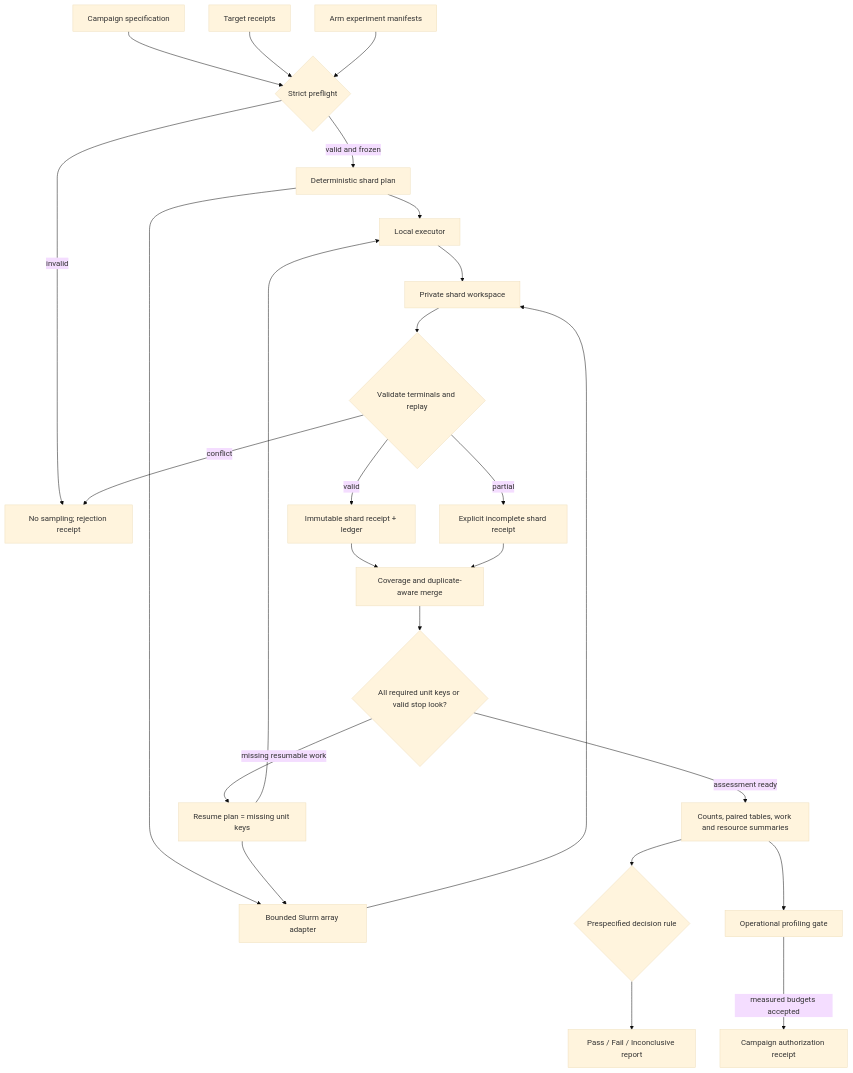
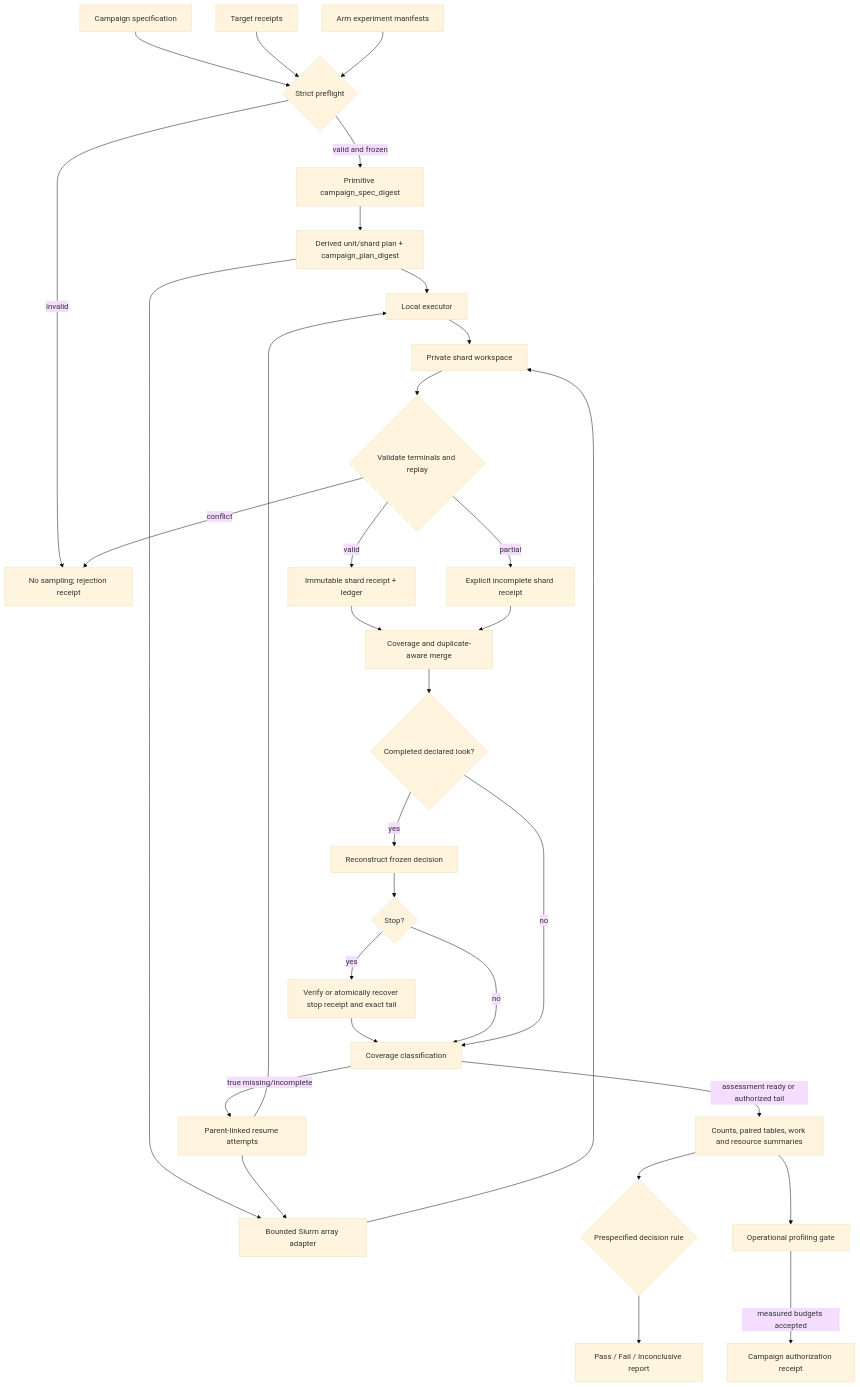
The diagram in .planning/phases/08-reproducible-campaigns-and-statistical-assessment/08-RESEARCH.md (mertgkduman/survey_bp), drawn with Mermaid (base theme) before and after one commit. The commit also changed other lines of this file, not shown here.

Commit message:
docs(phase-08): align campaign identity and resume research

````diff
--- a/.planning/phases/08-reproducible-campaigns-and-statistical-assessment/08-RESEARCH.md
+++ b/.planning/phases/08-reproducible-campaigns-and-statistical-assessment/08-RESEARCH.md
@@ -91,27 +91,34 @@
 ```mermaid
 flowchart TD
     A[Campaign specification] --> B{Strict preflight}
     T[Target receipts] --> B
     E[Arm experiment manifests] --> B
-    B -->|valid and frozen| P[Deterministic shard plan]
+    B -->|valid and frozen| I[Primitive campaign_spec_digest]
     B -->|invalid| X[No sampling; rejection receipt]
+    I --> P[Derived unit/shard plan + campaign_plan_digest]
     P --> L[Local executor]
     P --> S[Bounded Slurm array adapter]
     L --> H[Private shard workspace]
     S --> H
     H --> V{Validate terminals and replay}
     V -->|valid| R[Immutable shard receipt + ledger]
     V -->|partial| Q[Explicit incomplete shard receipt]
     V -->|conflict| X
     R --> M[Coverage and duplicate-aware merge]
     Q --> M
-    M --> C{All required unit keys or valid stop look?}
-    C -->|missing resumable work| P2[Resume plan = missing unit keys]
+    M --> C{Completed declared look?}
+    C -->|yes| D0[Reconstruct frozen decision]
+    D0 --> C2{Stop?}
+    C2 -->|yes| S0[Verify or atomically recover stop receipt and exact tail]
+    S0 --> C3[Coverage classification]
+    C2 -->|no| C3
+    C -->|no| C3
+    C3 -->|true missing/incomplete| P2[Parent-linked resume attempts]
     P2 --> L
     P2 --> S
-    C -->|assessment ready| Z[Counts, paired tables, work and resource summaries]
+    C3 -->|assessment ready or authorized tail| Z[Counts, paired tables, work and resource summaries]
     Z --> D{Prespecified decision rule}
     D --> O[Pass / Fail / Inconclusive report]
     Z --> G[Operational profiling gate]
     G -->|measured budgets accepted| U[Campaign authorization receipt]
 ```
````
